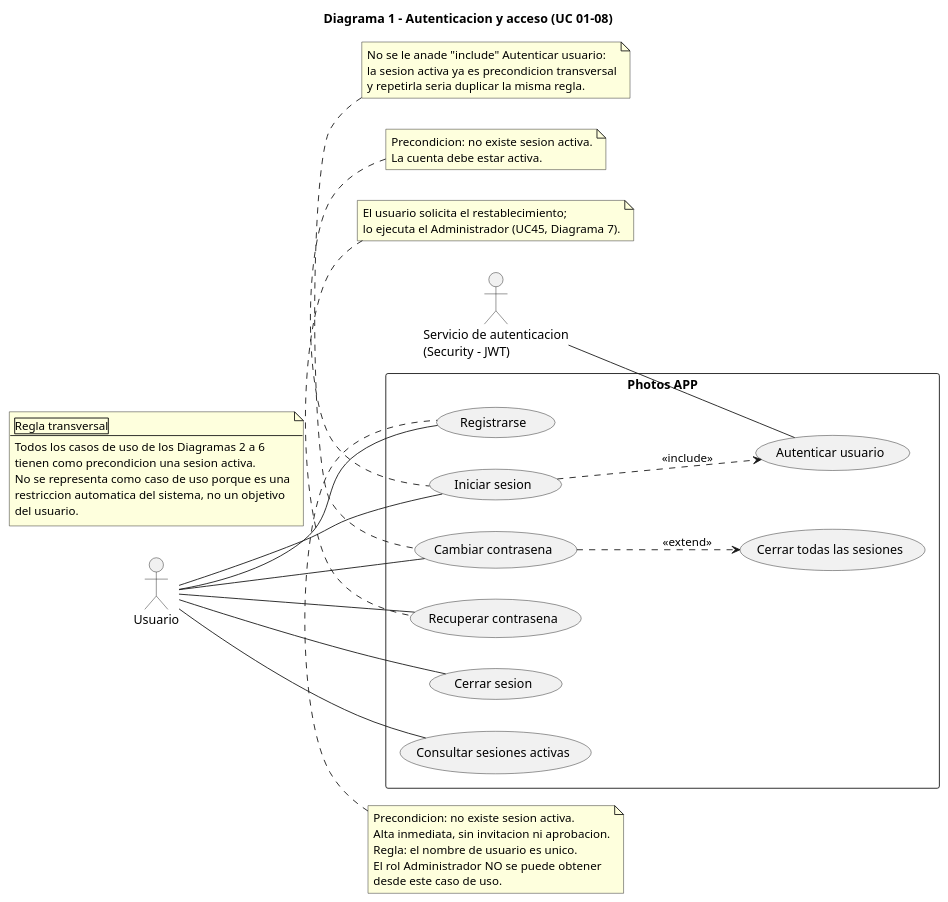
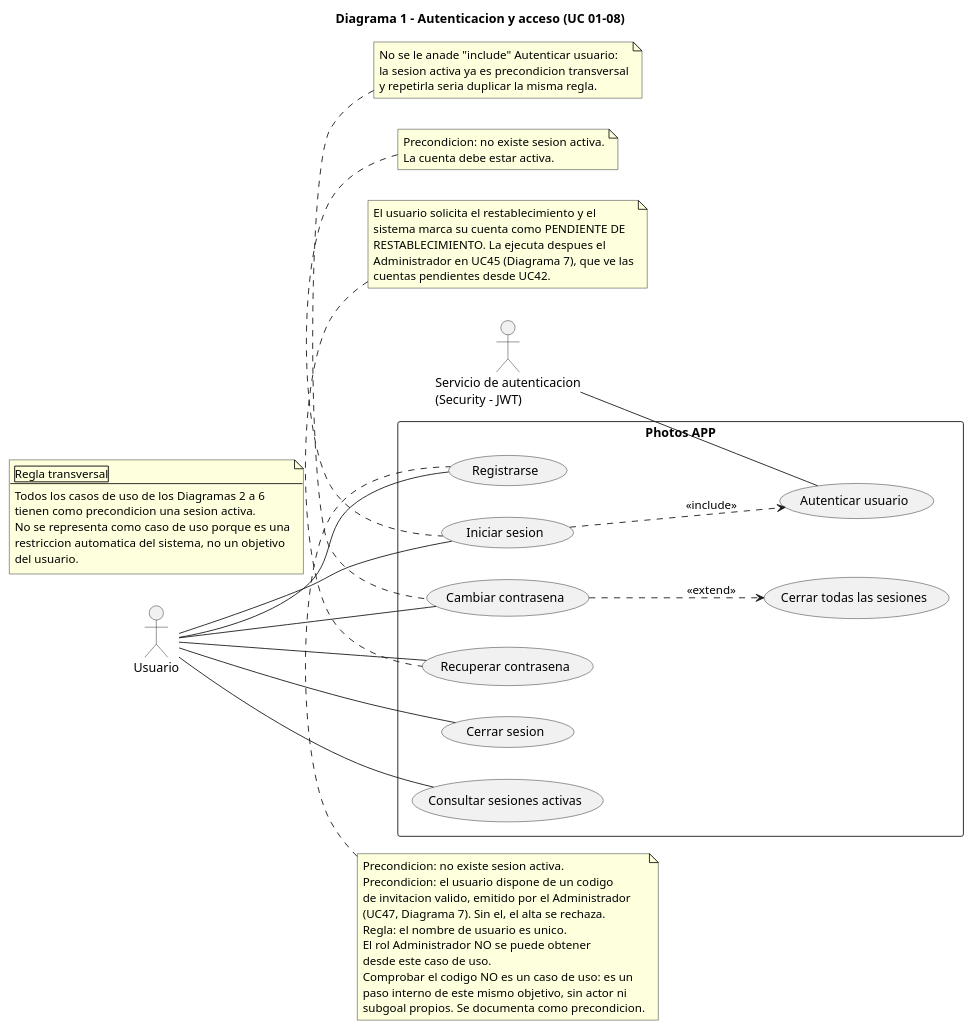
Before and after one commit to AgudeloAlexander623/FamPost_app_web: the first of 7 diagrams in docs/casos-de-uso.md, drawn with PlantUML. The commit also changed other lines of this file and 37 other files, not shown here.

````diff
--- a/docs/casos-de-uso.md
+++ b/docs/casos-de-uso.md
@@ -146,68 +161,76 @@
 ```plantuml
 @startuml
 title Diagrama 1 - Autenticacion y acceso (UC 01-08)
 
 left to right direction
 skinparam shadowing false
 
 actor Usuario as U
 actor "Servicio de autenticacion\n(Security - JWT)" as SA
 
 rectangle "Photos APP" {
   usecase "Registrarse" as UC01
   usecase "Iniciar sesion" as UC02
   usecase "Cerrar sesion" as UC03
   usecase "Consultar sesiones activas" as UC04
   usecase "Cerrar todas las sesiones" as UC05
   usecase "Recuperar contrasena" as UC06
   usecase "Cambiar contrasena" as UC07
   usecase "Autenticar usuario" as UC08
 }
 
 U -- UC01
 U -- UC02
 U -- UC03
 U -- UC04
 U -- UC06
 U -- UC07
 
 SA -- UC08
 
 UC02 ..> UC08 : <<include>>
 UC07 ..> UC05 : <<extend>>
 
 note top of UC01
   Precondicion: no existe sesion activa.
-  Alta inmediata, sin invitacion ni aprobacion.
+  Precondicion: el usuario dispone de un codigo
+  de invitacion valido, emitido por el Administrador
+  (UC47, Diagrama 7). Sin el, el alta se rechaza.
   Regla: el nombre de usuario es unico.
   El rol Administrador NO se puede obtener
   desde este caso de uso.
+  Comprobar el codigo NO es un caso de uso: es un
+  paso interno de este mismo objetivo, sin actor ni
+  subgoal propios. Se documenta como precondicion.
 end note
 
 note top of UC07
   No se le anade "include" Autenticar usuario:
   la sesion activa ya es precondicion transversal
   y repetirla seria duplicar la misma regla.
 end note
 
 note top of UC02
   Precondicion: no existe sesion activa.
   La cuenta debe estar activa.
 end note
 
 note top of UC06
-  El usuario solicita el restablecimiento;
-  lo ejecuta el Administrador (UC45, Diagrama 7).
+  El usuario solicita el restablecimiento y el
+  sistema marca su cuenta como PENDIENTE DE
+  RESTABLECIMIENTO. La ejecuta despues el
+  Administrador en UC45 (Diagrama 7), que ve las
+  cuentas pendientes desde UC42.
 end note
 
 note as NACC
   |Regla transversal|
   --
   Todos los casos de uso de los Diagramas 2 a 6
   tienen como precondicion una sesion activa.
   No se representa como caso de uso porque es una
   restriccion automatica del sistema, no un objetivo
   del usuario.
 end note
 @enduml
 ```
````
